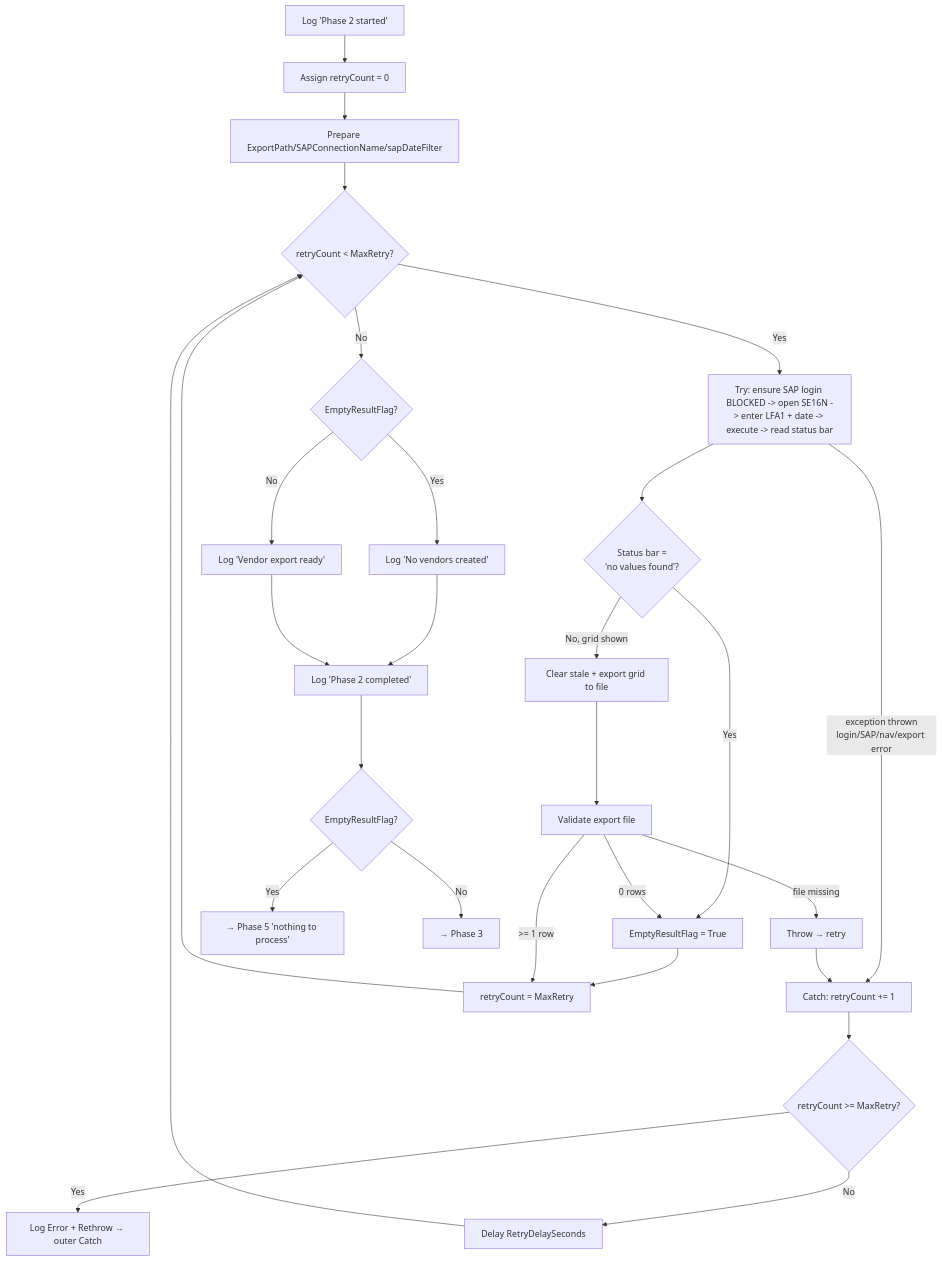
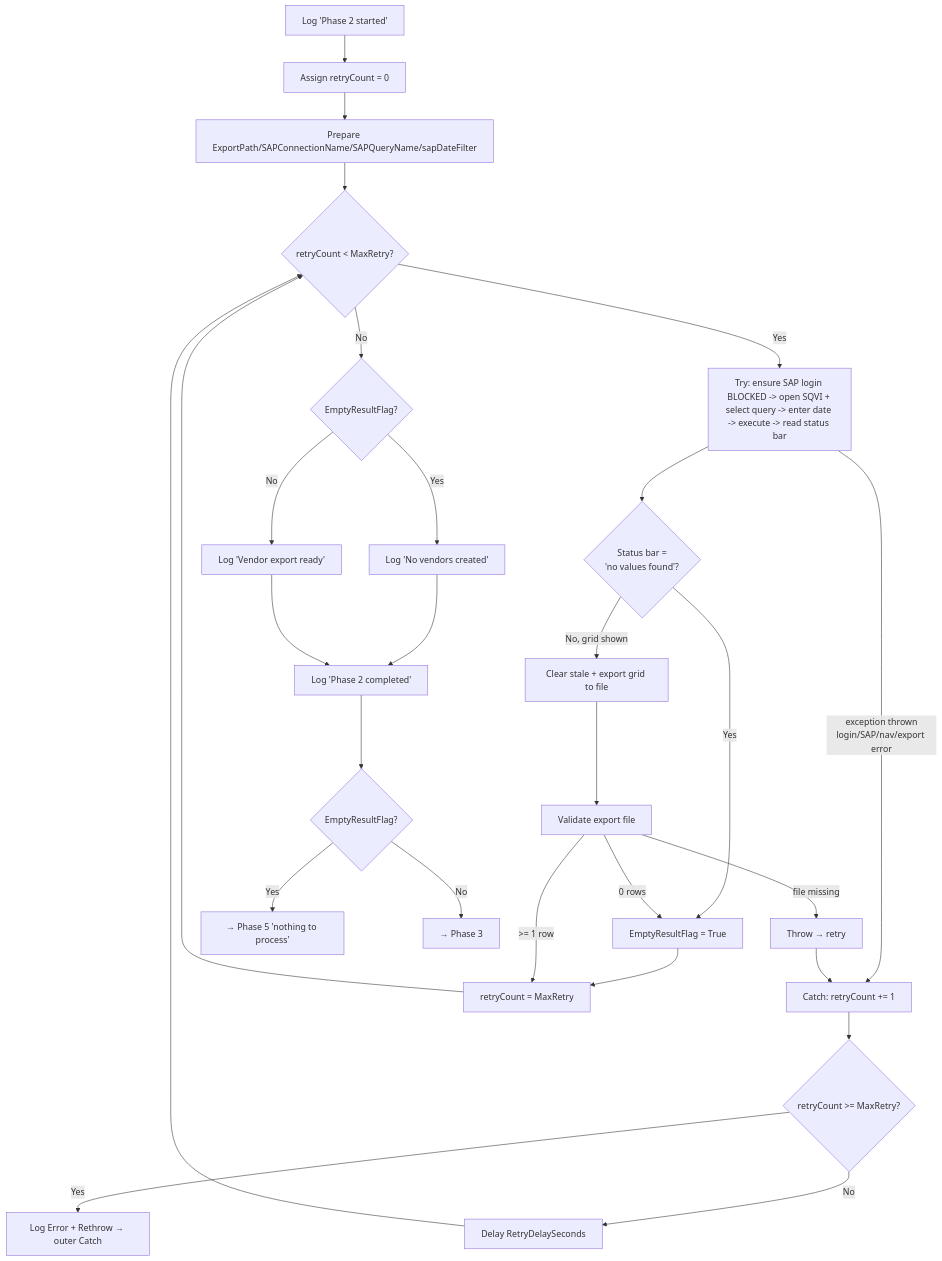
One commit to vitep111/RPA changed the second of 3 diagrams in vendor-sbn-upload-bot/docs/medium-level-design.md. Above: the diagram before and after it, drawn with Mermaid. The commit also changed other lines of this file and 5 other files, not shown here.

First line of the commit message:
Switch SAP extraction from SE16N/LFA1 to an SQVI query (LFA1 join ADRC)

````diff
--- a/vendor-sbn-upload-bot/docs/medium-level-design.md
+++ b/vendor-sbn-upload-bot/docs/medium-level-design.md
@@ -130,27 +133,27 @@
 ```mermaid
 graph TD
     P1[Log 'Phase 2 started'] --> RST[Assign retryCount = 0]
-    RST --> PREP[Prepare ExportPath/SAPConnectionName/sapDateFilter]
+    RST --> PREP[Prepare ExportPath/SAPConnectionName/SAPQueryName/sapDateFilter]
     PREP --> LOOP{retryCount < MaxRetry?}
     LOOP -->|No| DONE
-    LOOP -->|Yes| TRY[Try: ensure SAP login BLOCKED -> open SE16N -> enter LFA1 + date -> execute -> read status bar]
+    LOOP -->|Yes| TRY[Try: ensure SAP login BLOCKED -> open SQVI + select query -> enter date -> execute -> read status bar]
     TRY -->|exception thrown<br/>login/SAP/nav/export error| CATCH
     TRY --> STAT{Status bar =<br/>'no values found'?}
     STAT -->|Yes| EMPTY[EmptyResultFlag = True] --> EXIT[retryCount = MaxRetry]
     STAT -->|No, grid shown| EXP[Clear stale + export grid to file]
     EXP --> VAL[Validate export file]
     VAL -->|file missing| THROWN[Throw → retry]
     VAL -->|>= 1 row| EXIT
     VAL -->|0 rows| EMPTY
     THROWN --> CATCH[Catch: retryCount += 1]
     CATCH --> LAST{retryCount >= MaxRetry?}
     LAST -->|Yes| RETHROW[Log Error + Rethrow → outer Catch]
     LAST -->|No| DELAY[Delay RetryDelaySeconds] --> LOOP
     EXIT --> LOOP
     DONE{EmptyResultFlag?}
     DONE -->|Yes| LOGE[Log 'No vendors created'] --> CMP[Log 'Phase 2 completed']
     DONE -->|No| LOGR[Log 'Vendor export ready'] --> CMP
     CMP --> TOP{EmptyResultFlag?}
     TOP -->|Yes| TOP5[→ Phase 5 'nothing to process']
     TOP -->|No| TOP3[→ Phase 3]
 ```
````
